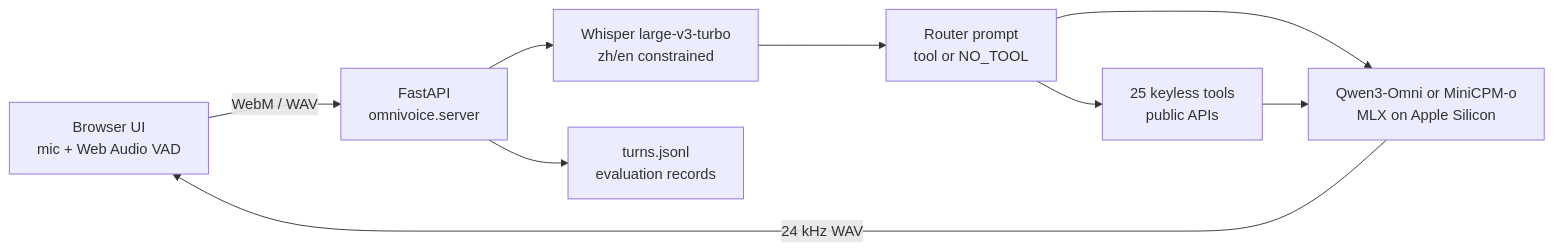
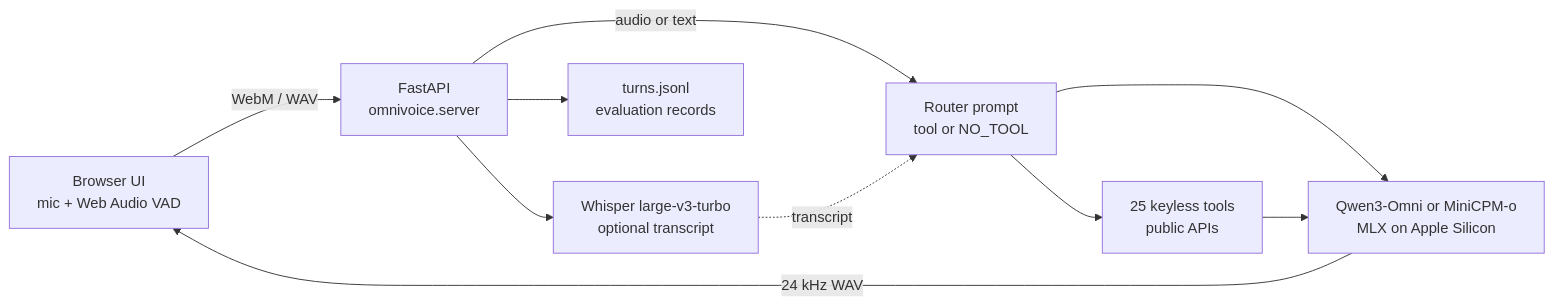
The diagram in README.md (chen3feng/omnivoice-mlx), drawn with Mermaid before and after one commit. The commit also changed other lines of this file and 11 other files, not shown here.

First line of the commit message:
Route Qwen native voice on audio; make the transcript optional

````diff
--- a/README.md
+++ b/README.md
@@ -23,11 +23,12 @@
 ```mermaid
 flowchart LR
   Browser["Browser UI<br/>mic + Web Audio VAD"] -->|WebM / WAV| API["FastAPI<br/>omnivoice.server"]
-  API --> ASR["Whisper large-v3-turbo<br/>zh/en constrained"]
-  ASR --> Router["Router prompt<br/>tool or NO_TOOL"]
+  API -->|audio or text| Router["Router prompt<br/>tool or NO_TOOL"]
+  API --> ASR["Whisper large-v3-turbo<br/>optional transcript"]
+  ASR -.->|transcript| Router
   Router --> Tools["25 keyless tools<br/>public APIs"]
   Router --> Model["Qwen3-Omni or MiniCPM-o<br/>MLX on Apple Silicon"]
   Tools --> Model
   Model -->|24 kHz WAV| Browser
   API --> Log["turns.jsonl<br/>evaluation records"]
 ```
````
